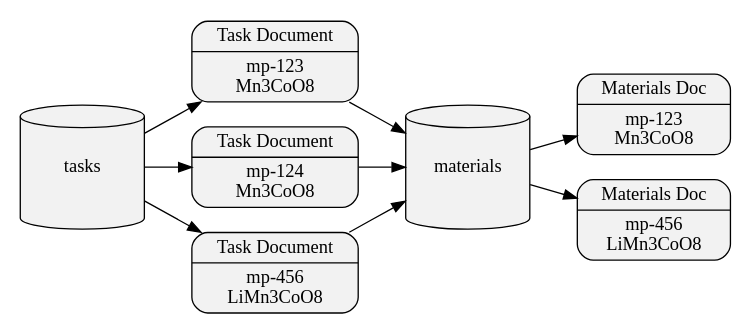
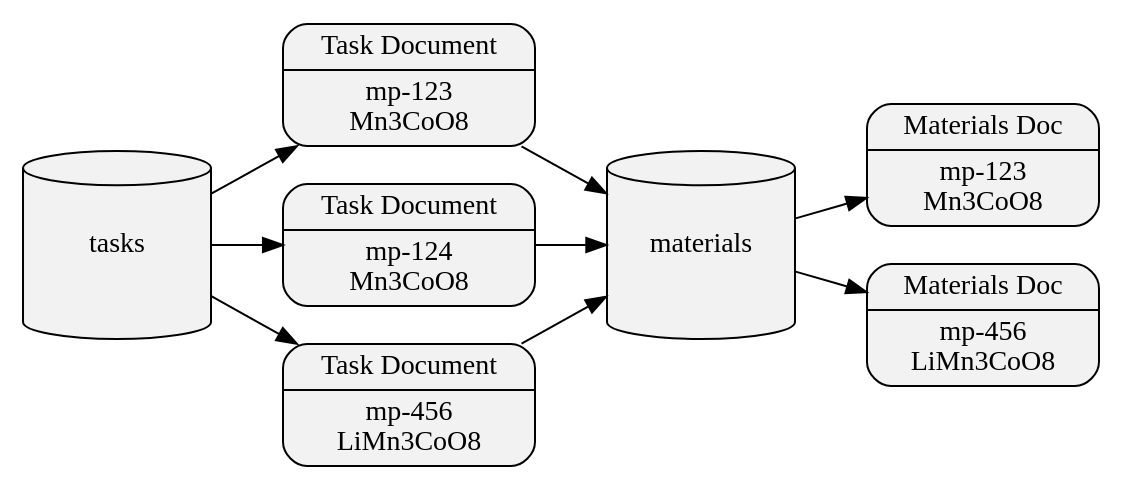
One commit to jmmshn/old_personal_site changed the diagram in _figs/2018_task_mat_fc.gv. Above: the diagram before and after it, drawn with Graphviz. The commit also changed 1 other file, not shown here.

```diff
--- a/_figs/2018_task_mat_fc.gv
+++ b/_figs/2018_task_mat_fc.gv
@@ -1,24 +1,24 @@
 digraph hierarchy {
-size="5,5"
+size="9,6"
 rankdir=LR
 node[shape=record,style="filled,rounded",fillcolor=gray95,rankdir=LR]
 #edge[dir=back, arrowtail=empty]
 
 tasks [fillcolor=gray95,style="filled",shape=cylinder,height=1.3,width=1.3]
 materials [fillcolor=gray95,style="filled",shape=cylinder,height=1.3,width=1.3]
 
 t1[label = "{{Task Document|mp-123\nMn3CoO8}}"]
 t2[label = "{{Task Document|mp-124\nMn3CoO8}}"]
 t3[label = "{{Task Document|mp-456\nLiMn3CoO8}}"]
 
 tasks -> t1 -> materials
 tasks -> t2 -> materials
 tasks -> t3 -> materials
 
 m1[label = "{{Materials Doc|mp-123\nMn3CoO8}}"]
 m2[label = "{{Materials Doc|mp-456\nLiMn3CoO8}}"]
 
 materials -> m1
 materials -> m2
 
 }
```
